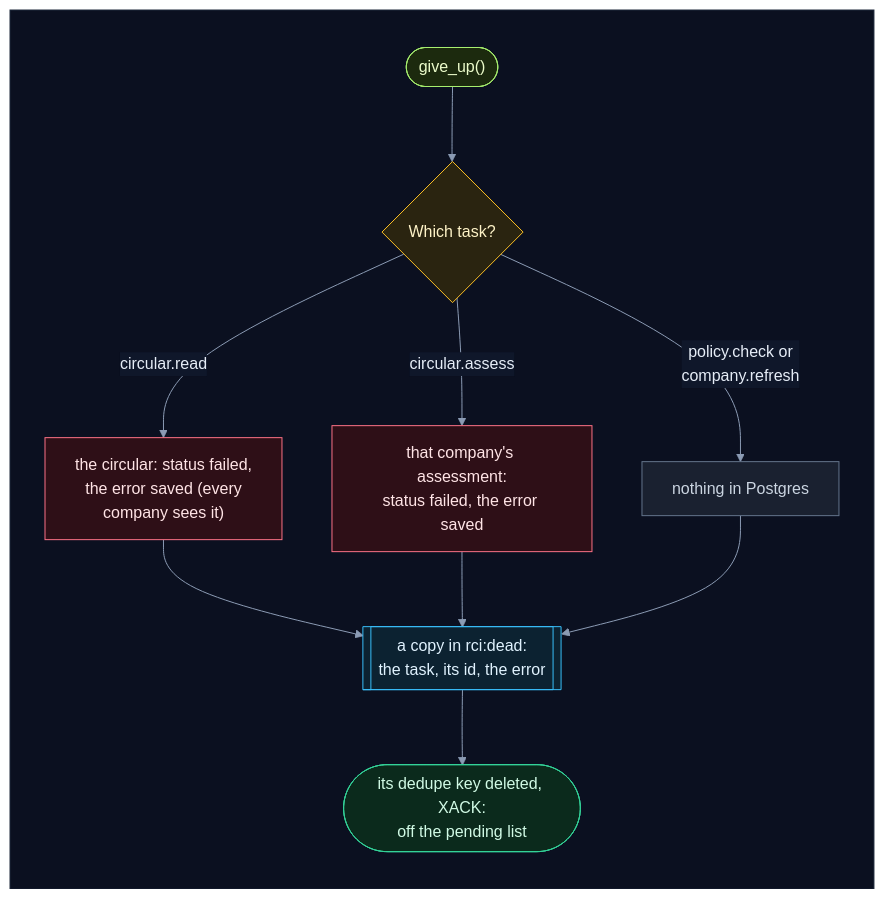
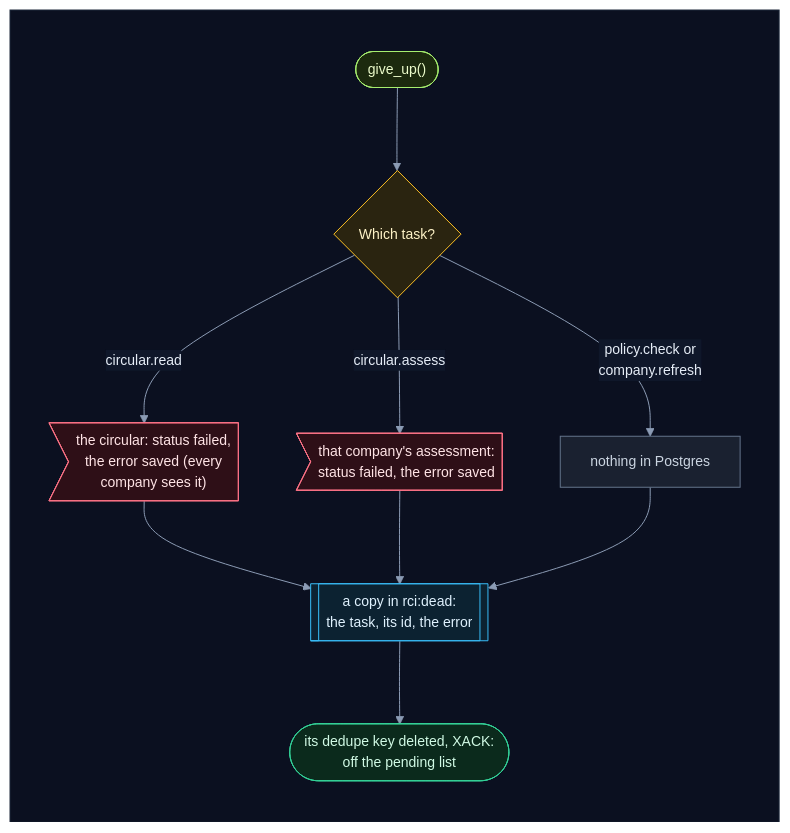
Before and after one commit to selvakumarperumal/Regulatory_Circular_Impact_Agent: diagram 12 of 21 in how_the_worker_works.md, drawn with Mermaid. The commit also changed other lines of this file and 5 other files, not shown here.

Commit message:
Give the docs' flowcharts a shape per kind of part, more room and slightly smaller text

````diff
--- a/how_the_worker_works.md
+++ b/how_the_worker_works.md
@@ -804,32 +804,32 @@
 ```mermaid
-%%{init: {"theme": "base", "flowchart": {"diagramPadding": 0}, "themeVariables": {"darkMode": true, "primaryColor": "#16213a", "primaryTextColor": "#e6edf7", "primaryBorderColor": "#475a7a", "lineColor": "#8b9bb4", "secondaryColor": "#1b2436", "tertiaryColor": "#101a2e", "edgeLabelBackground": "#0f172a", "textColor": "#e2e8f0", "clusterBkg": "#0f1728", "clusterBorder": "#2b3a55", "titleColor": "#c4b5fd", "nodeTextColor": "#e6edf7"}}}%%
+%%{init: {"theme": "base", "flowchart": {"diagramPadding": 0, "nodeSpacing": 58, "rankSpacing": 58, "curve": "basis"}, "themeVariables": {"fontSize": "14px", "darkMode": true, "primaryColor": "#16213a", "primaryTextColor": "#e6edf7", "primaryBorderColor": "#475a7a", "lineColor": "#8b9bb4", "secondaryColor": "#1b2436", "tertiaryColor": "#101a2e", "edgeLabelBackground": "#0f172a", "textColor": "#e2e8f0", "clusterBkg": "#0f1728", "clusterBorder": "#2b3a55", "titleColor": "#c4b5fd", "nodeTextColor": "#e6edf7"}}}%%
 flowchart TD
     subgraph canvas[" "]
         direction TB
         g(["give_up()"]) --> t{"Which task?"}
-        t -->|"circular.read"| c["the circular: status failed,<br/>the error saved (every<br/>company sees it)"]
-        t -->|"circular.assess"| a["that company's assessment:<br/>status failed, the error saved"]
+        t -->|"circular.read"| c>"the circular: status failed,<br/>the error saved (every<br/>company sees it)"]
+        t -->|"circular.assess"| a>"that company's assessment:<br/>status failed, the error saved"]
         t -->|"policy.check or<br/>company.refresh"| n["nothing in Postgres"]
         c --> d[["a copy in rci:dead:<br/>the task, its id, the error"]]
         a --> d
         n --> d
         d --> f(["its dedupe key deleted, XACK:<br/>off the pending list"])
     end
     classDef svc fill:#0e2a2c,stroke:#2dd4bf,color:#ccfbf1
     classDef data fill:#1c1a47,stroke:#818cf8,color:#e0e7ff
     classDef ext fill:#2a1640,stroke:#c084fc,color:#f3e8ff
     classDef gpu fill:#2d1b0c,stroke:#fb923c,color:#ffedd5
     classDef ask fill:#2a2410,stroke:#fbbf24,color:#fef3c7
     classDef ok fill:#0b2a1c,stroke:#34d399,color:#d1fae5
     classDef bad fill:#2e0f17,stroke:#fb7185,color:#ffe4e6
     classDef start fill:#1c2a0e,stroke:#a7ef6f,color:#ecfccb
     classDef muted fill:#1a2130,stroke:#64748b,color:#cbd5e1
     classDef queue fill:#0c2231,stroke:#38bdf8,color:#e0f2fe
     class g start
     class t ask
     class c,a bad
     class n muted
     class d queue
     class f ok
     style canvas fill:#0b1020,stroke:#1e293b,color:#0b1020
 ```
````
